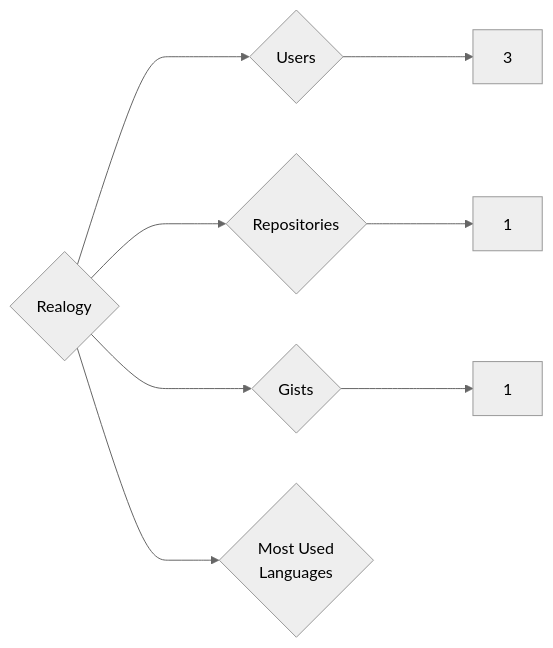
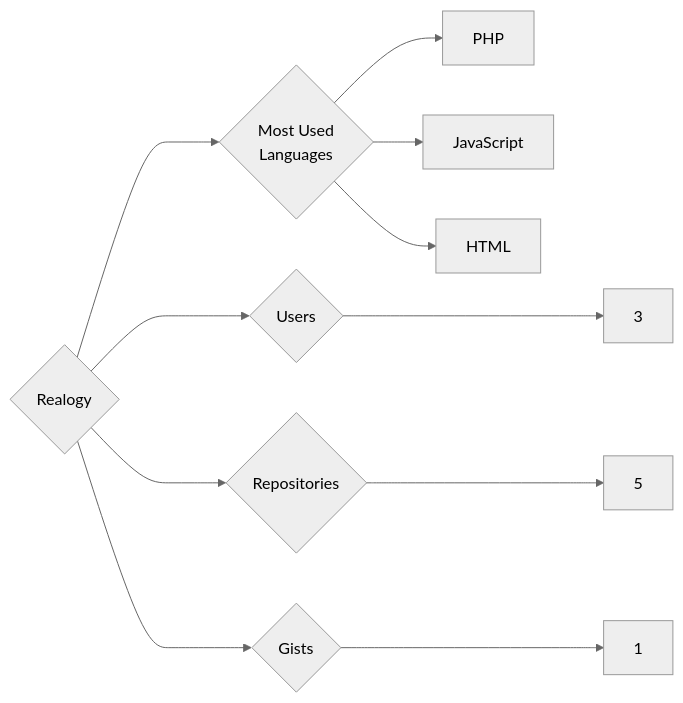
Before and after one commit to trickest/insiders: the diagram in targets/Realogy/README.md, drawn with Mermaid (neutral theme). The commit also changed 582 other files, not shown here.

````diff
--- a/targets/Realogy/README.md
+++ b/targets/Realogy/README.md
@@ -3,8 +3,11 @@
 ```mermaid
 graph LR
 COMPANY_NAME{Realogy}
 COMPANY_NAME ---> U{Users} ---> UN[3]
-COMPANY_NAME ---> R{Repositories} ---> RN[1]
+COMPANY_NAME ---> R{Repositories} ---> RN[5]
 COMPANY_NAME ---> G{Gists} ---> GN[1]
 COMPANY_NAME ---> ML{Most Used<br>Languages}
+ML --> PHP[PHP]
+ML --> JavaScript[JavaScript]
+ML --> HTML[HTML]
 ```
````
